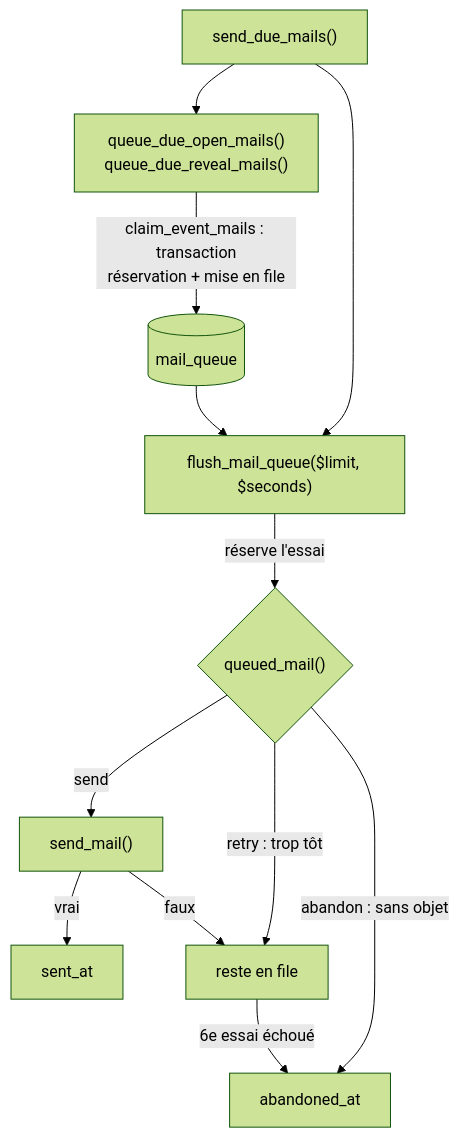
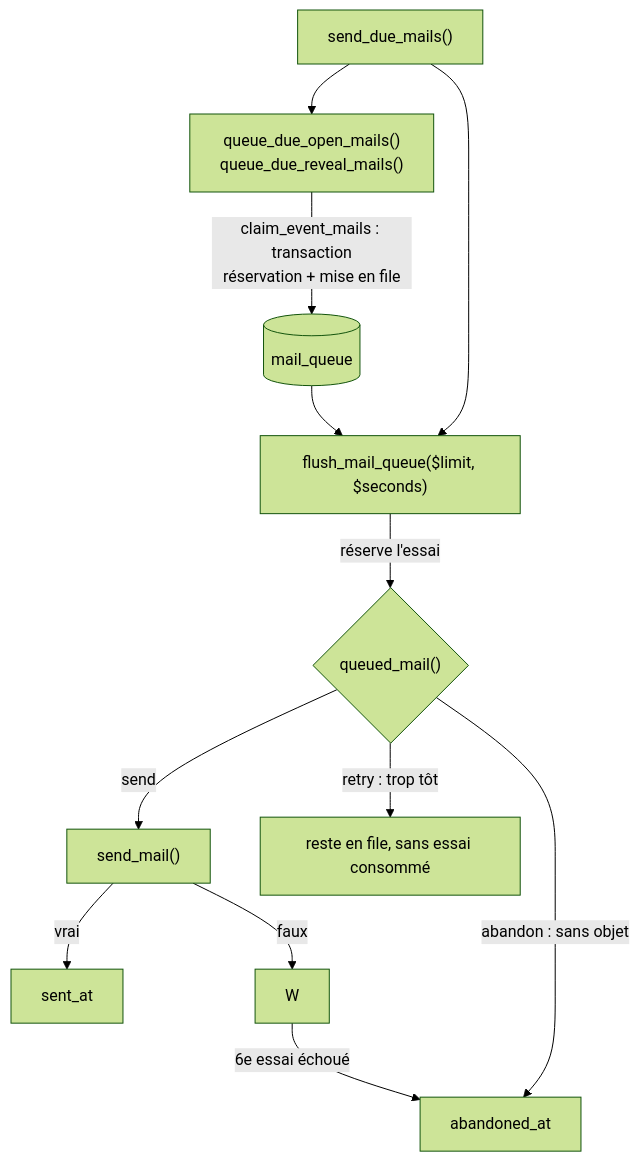
The fifth of 7 diagrams in docs/SDD.md (fsvoboda/OuiSnap), drawn with Mermaid (forest theme) before and after one commit. The commit also changed other lines of this file and 2 other files, not shown here.

````diff
--- a/docs/SDD.md
+++ b/docs/SDD.md
@@ -981,14 +1052,14 @@
 ```mermaid
 flowchart TD
   A["send_due_mails()"] --> B["queue_due_open_mails()<br/>queue_due_reveal_mails()"]
   B -- "claim_event_mails : transaction<br/>réservation + mise en file" --> Q[("mail_queue")]
   A --> F["flush_mail_queue($limit, $seconds)"]
   Q --> F
   F -- "réserve l'essai" --> R{"queued_mail()"}
   R -- "send" --> M["send_mail()"]
-  R -- "retry : trop tôt" --> W["reste en file"]
+  R -- "retry : trop tôt" --> W2["reste en file, sans essai consommé"]
   R -- "abandon : sans objet" --> X["abandoned_at"]
   M -- "vrai" --> S["sent_at"]
   M -- "faux" --> W
   W -- "6e essai échoué" --> X
 ```
````
